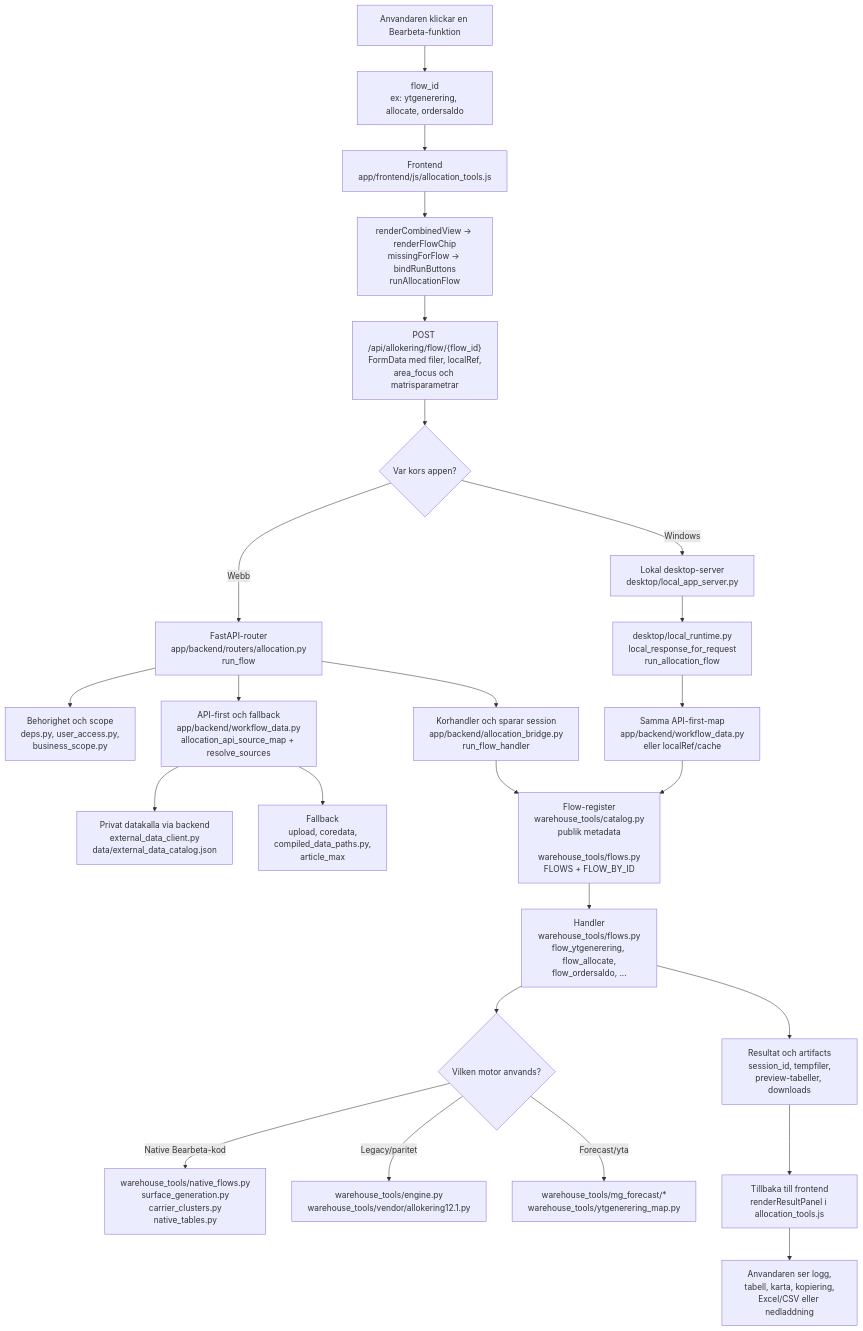
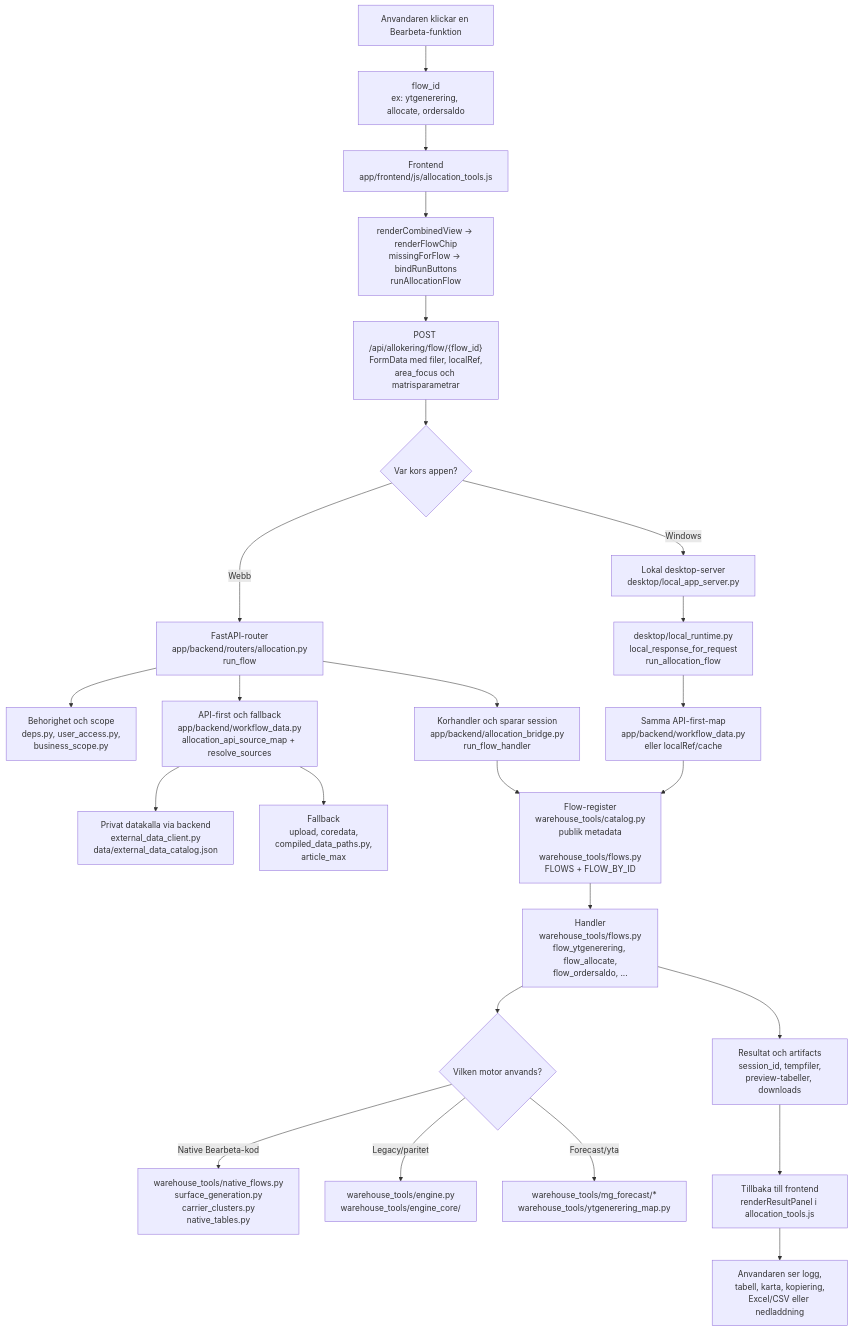
One commit to EmirKadr/flow changed the fourth of 4 diagrams in wiki/warehouse-tools.md. Above: the diagram before and after it, drawn with Mermaid. The commit also changed other lines of this file and 20 other files, not shown here.

````diff
--- a/wiki/warehouse-tools.md
+++ b/wiki/warehouse-tools.md
@@ -175,34 +175,34 @@
 ```mermaid
 flowchart TB
   Use["Anvandaren klickar en Bearbeta-funktion"] --> FlowId["flow_id<br/>ex: ytgenerering, allocate, ordersaldo"]
 
   FlowId --> Frontend["Frontend<br/>app/frontend/js/allocation_tools.js"]
   Frontend --> FrontendFns["renderCombinedView -> renderFlowChip<br/>missingForFlow -> bindRunButtons<br/>runAllocationFlow"]
   FrontendFns --> Post["POST /api/allokering/flow/{flow_id}<br/>FormData med filer, localRef,<br/>area_focus och matrisparametrar"]
 
   Post --> Client{"Var kors appen?"}
 
   Client -- "Webb" --> Router["FastAPI-router<br/>app/backend/routers/allocation.py<br/>run_flow"]
   Router --> Access["Behorighet och scope<br/>deps.py, user_access.py,<br/>business_scope.py"]
   Router --> Sources["API-first och fallback<br/>app/backend/workflow_data.py<br/>allocation_api_source_map + resolve_sources"]
   Sources --> External["Privat datakalla via backend<br/>external_data_client.py<br/>data/external_data_catalog.json"]
   Sources --> Fallback["Fallback<br/>upload, coredata,<br/>compiled_data_paths.py,<br/>article_max"]
   Router --> Bridge["Korhandler och sparar session<br/>app/backend/allocation_bridge.py<br/>run_flow_handler"]
 
   Client -- "Windows" --> LocalServer["Lokal desktop-server<br/>desktop/local_app_server.py"]
   LocalServer --> LocalRuntime["desktop/local_runtime.py<br/>local_response_for_request<br/>run_allocation_flow"]
   LocalRuntime --> LocalSources["Samma API-first-map<br/>app/backend/workflow_data.py<br/>eller localRef/cache"]
 
   Bridge --> Registry["Flow-register<br/>warehouse_tools/catalog.py<br/>publik metadata<br/><br/>warehouse_tools/flows.py<br/>FLOWS + FLOW_BY_ID"]
   LocalSources --> Registry
   Registry --> Handler["Handler<br/>warehouse_tools/flows.py<br/>flow_ytgenerering, flow_allocate,<br/>flow_ordersaldo, ..."]
 
   Handler --> EngineChoice{"Vilken motor anvands?"}
   EngineChoice -- "Native Bearbeta-kod" --> Native["warehouse_tools/native_flows.py<br/>surface_generation.py<br/>carrier_clusters.py<br/>native_tables.py"]
-  EngineChoice -- "Legacy/paritet" --> Legacy["warehouse_tools/engine.py<br/>warehouse_tools/vendor/allokering12.1.py"]
+  EngineChoice -- "Legacy/paritet" --> Legacy["warehouse_tools/engine.py<br/>warehouse_tools/engine_core/"]
   EngineChoice -- "Forecast/yta" --> Forecast["warehouse_tools/mg_forecast/*<br/>warehouse_tools/ytgenerering_map.py"]
 
   Handler --> Result["Resultat och artifacts<br/>session_id, tempfiler,<br/>preview-tabeller, downloads"]
   Result --> Render["Tillbaka till frontend<br/>renderResultPanel i allocation_tools.js"]
   Render --> User["Anvandaren ser logg,<br/>tabell, karta, kopiering,<br/>Excel/CSV eller nedladdning"]
 ```
````
